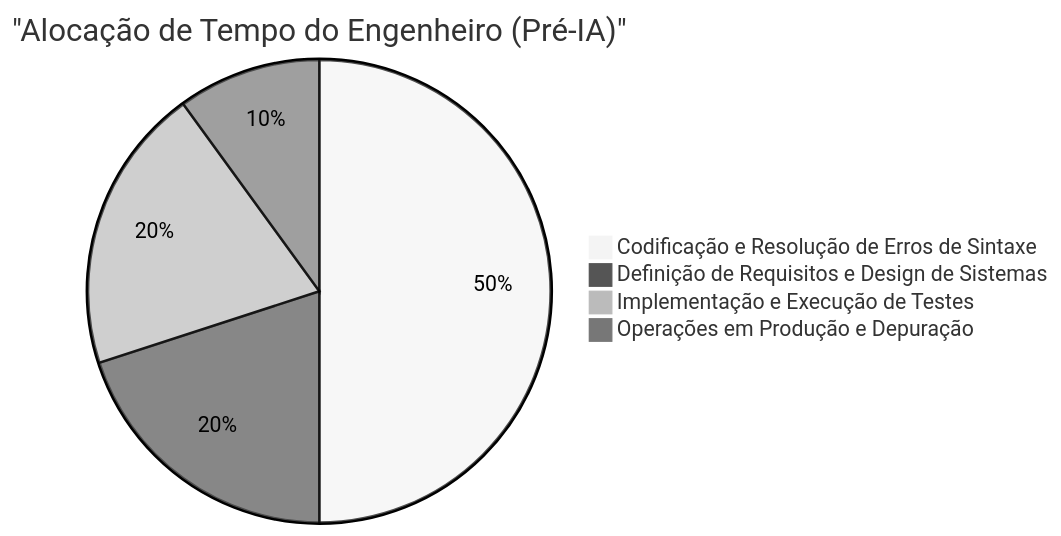
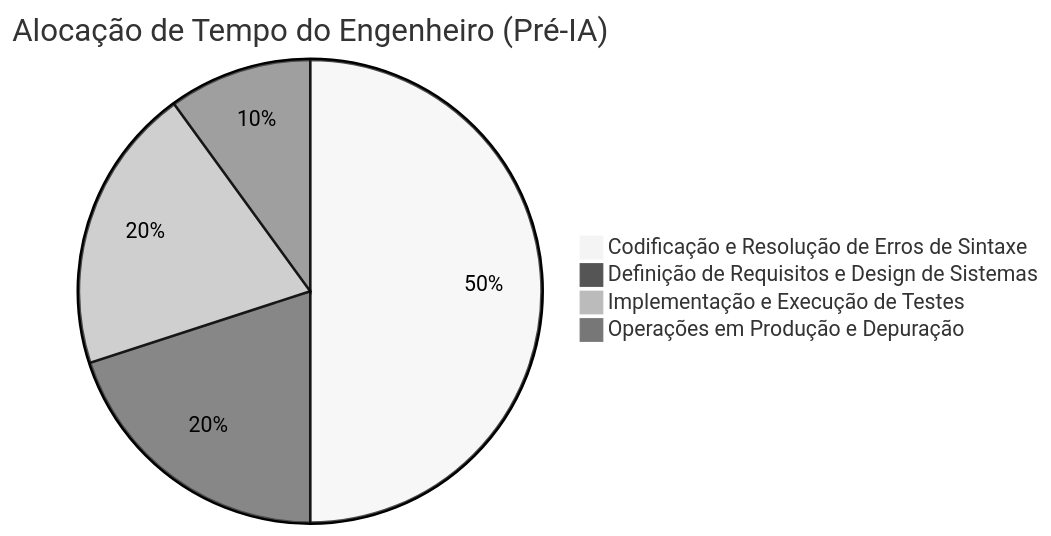
Before and after one commit to kenjinote/blog: the third of 4 diagrams in content/post/human_engineer_skills/index.pt.md, drawn with Mermaid (neutral theme). The commit also changed other lines of this file and 703 other files, not shown here.

Commit message:
Fix: Remove quotes from Mermaid link texts and timeline definitions to support Mermaid 11.4.1

````diff
--- a/content/post/human_engineer_skills/index.pt.md
+++ b/content/post/human_engineer_skills/index.pt.md
@@ -182,7 +182,7 @@
 ```mermaid
-pie title "Alocação de Tempo do Engenheiro (Pré-IA)"
+pie title Alocação de Tempo do Engenheiro (Pré-IA)
   "Codificação e Resolução de Erros de Sintaxe": 50
   "Definição de Requisitos e Design de Sistemas": 20
   "Implementação e Execução de Testes": 20
   "Operações em Produção e Depuração": 10
 ```
````
